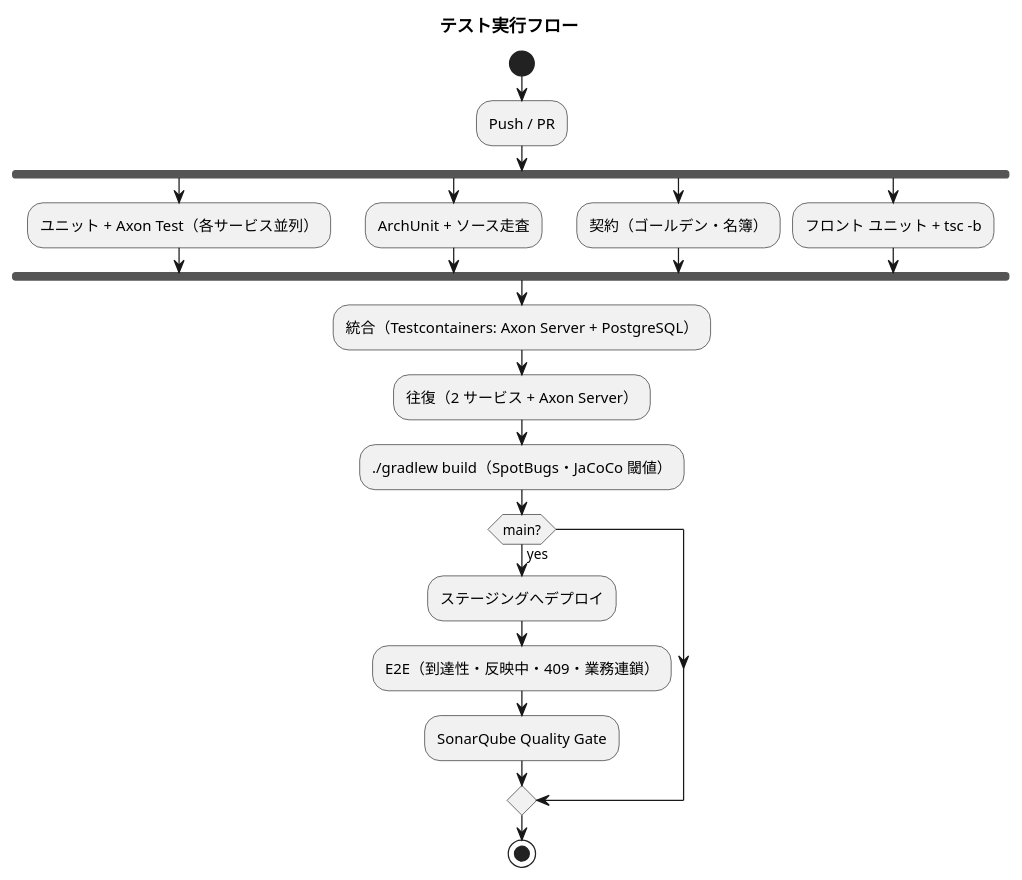
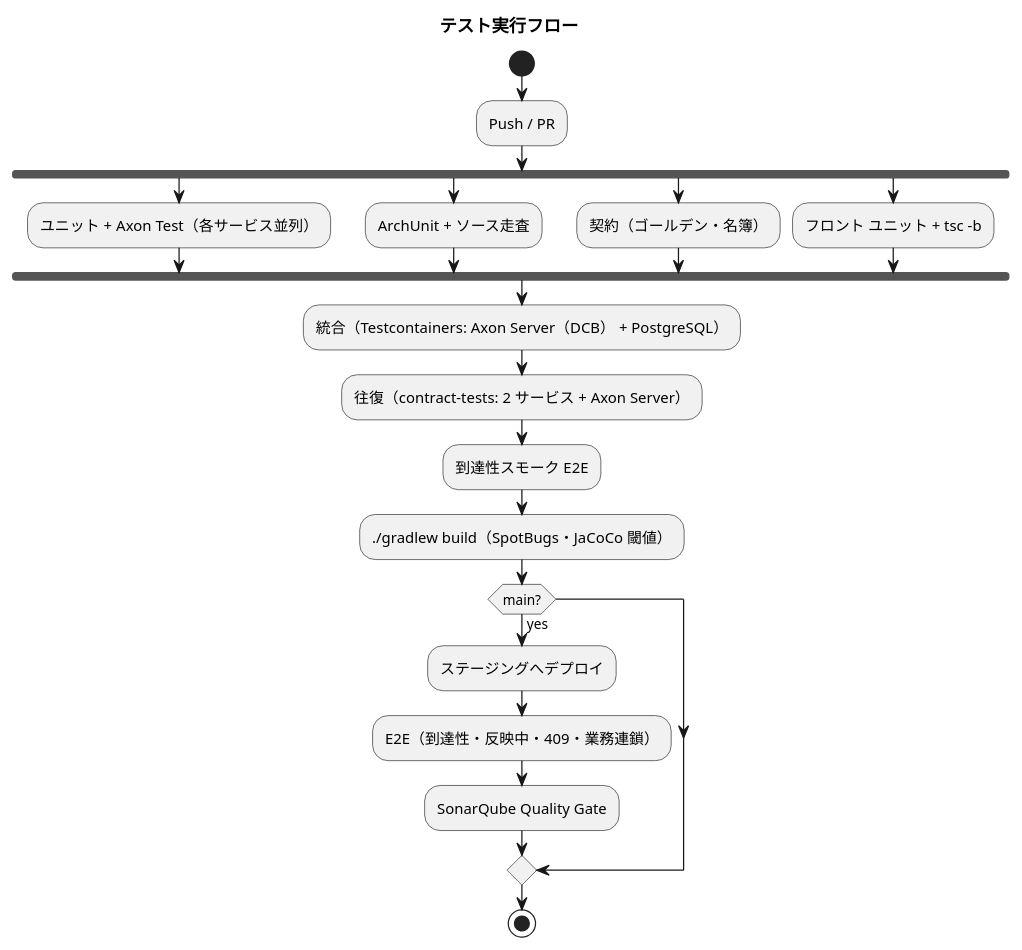
The second of 2 diagrams in docs/design/cargo-tracker/test_strategy.md (k2works/case-study-cargo-tracker), drawn with PlantUML before and after one commit. The commit also changed other lines of this file and 18 other files, not shown here.

````diff
--- a/docs/design/cargo-tracker/test_strategy.md
+++ b/docs/design/cargo-tracker/test_strategy.md
@@ -258,25 +300,26 @@
 ```plantuml
 @startuml
 title テスト実行フロー
 start
 :Push / PR;
 fork
   :ユニット + Axon Test（各サービス並列）;
 fork again
   :ArchUnit + ソース走査;
 fork again
   :契約（ゴールデン・名簿）;
 fork again
   :フロント ユニット + tsc -b;
 end fork
-:統合（Testcontainers: Axon Server + PostgreSQL）;
-:往復（2 サービス + Axon Server）;
+:統合（Testcontainers: Axon Server（DCB） + PostgreSQL）;
+:往復（contract-tests: 2 サービス + Axon Server）;
+:到達性スモーク E2E;
 :./gradlew build（SpotBugs・JaCoCo 閾値）;
 if (main?) then (yes)
   :ステージングへデプロイ;
   :E2E（到達性・反映中・409・業務連鎖）;
   :SonarQube Quality Gate;
 endif
 stop
 @enduml
 ```
````
